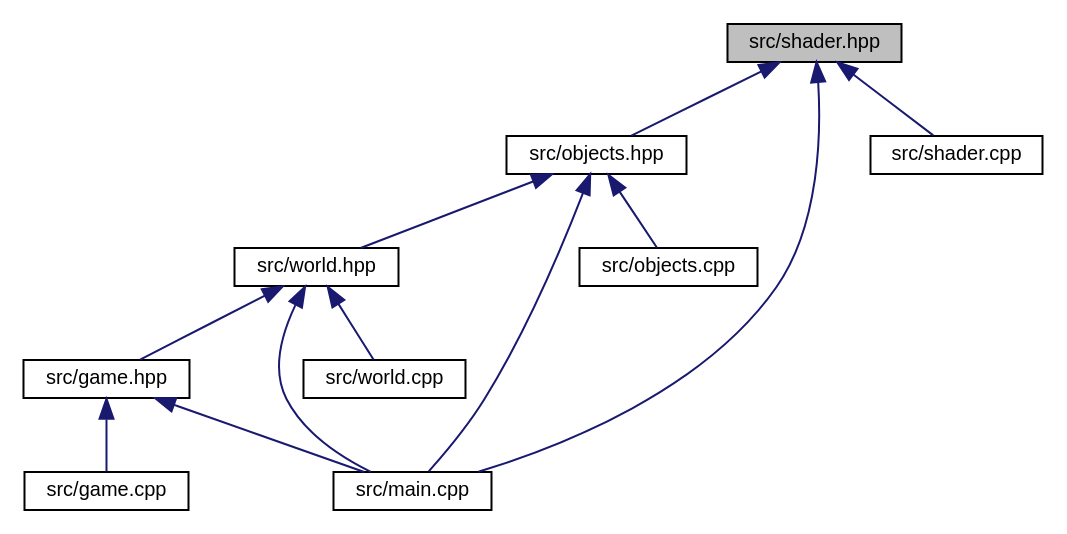
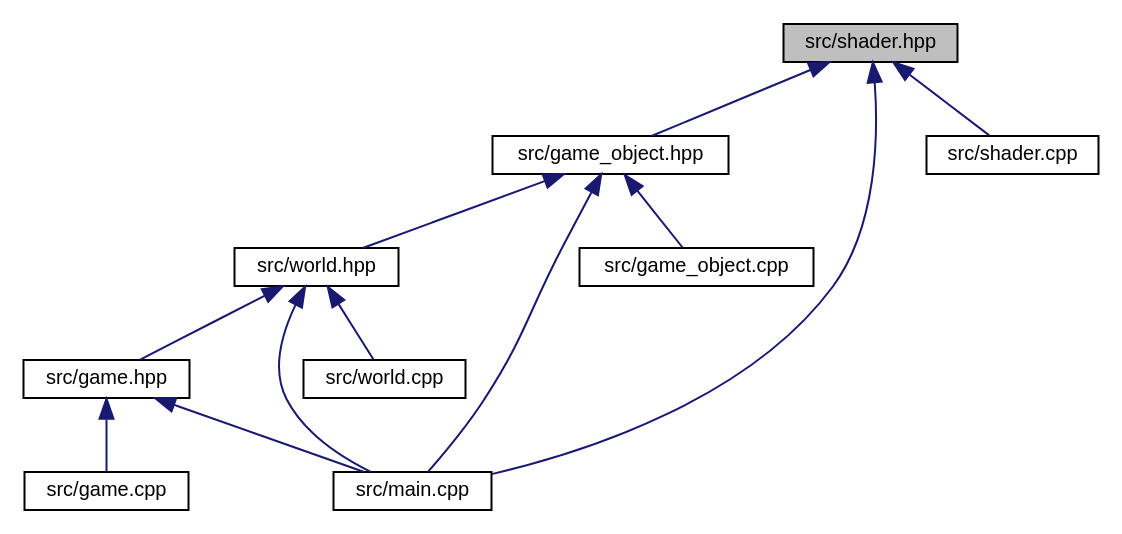
The diagram in shader_8hpp__dep__incl.dot (noah1510/redhand), drawn with Graphviz before and after one commit. The commit also changed 255 other files, not shown here.

```diff
--- a/shader_8hpp__dep__incl.dot
+++ b/shader_8hpp__dep__incl.dot
@@ -1,25 +1,25 @@
 digraph "src/shader.hpp"
 {
   edge [fontname="Helvetica",fontsize="10",labelfontname="Helvetica",labelfontsize="10"];
   node [fontname="Helvetica",fontsize="10",shape=record];
   Node10 [label="src/shader.hpp",height=0.2,width=0.4,color="black", fillcolor="grey75", style="filled", fontcolor="black"];
   Node10 -> Node11 [dir="back",color="midnightblue",fontsize="10",style="solid",fontname="Helvetica"];
-  Node11 [label="src/objects.hpp",height=0.2,width=0.4,color="black", fillcolor="white", style="filled",URL="$objects_8hpp.html"];
+  Node11 [label="src/game_object.hpp",height=0.2,width=0.4,color="black", fillcolor="white", style="filled",URL="$game__object_8hpp.html"];
   Node11 -> Node12 [dir="back",color="midnightblue",fontsize="10",style="solid",fontname="Helvetica"];
   Node12 [label="src/world.hpp",height=0.2,width=0.4,color="black", fillcolor="white", style="filled",URL="$world_8hpp.html"];
   Node12 -> Node13 [dir="back",color="midnightblue",fontsize="10",style="solid",fontname="Helvetica"];
   Node13 [label="src/game.hpp",height=0.2,width=0.4,color="black", fillcolor="white", style="filled",URL="$game_8hpp.html"];
   Node13 -> Node14 [dir="back",color="midnightblue",fontsize="10",style="solid",fontname="Helvetica"];
   Node14 [label="src/game.cpp",height=0.2,width=0.4,color="black", fillcolor="white", style="filled",URL="$game_8cpp.html"];
   Node13 -> Node15 [dir="back",color="midnightblue",fontsize="10",style="solid",fontname="Helvetica"];
   Node15 [label="src/main.cpp",height=0.2,width=0.4,color="black", fillcolor="white", style="filled",URL="$main_8cpp.html"];
   Node12 -> Node15 [dir="back",color="midnightblue",fontsize="10",style="solid",fontname="Helvetica"];
   Node12 -> Node16 [dir="back",color="midnightblue",fontsize="10",style="solid",fontname="Helvetica"];
   Node16 [label="src/world.cpp",height=0.2,width=0.4,color="black", fillcolor="white", style="filled",URL="$world_8cpp.html"];
+  Node11 -> Node17 [dir="back",color="midnightblue",fontsize="10",style="solid",fontname="Helvetica"];
+  Node17 [label="src/game_object.cpp",height=0.2,width=0.4,color="black", fillcolor="white", style="filled",URL="$game__object_8cpp.html"];
   Node11 -> Node15 [dir="back",color="midnightblue",fontsize="10",style="solid",fontname="Helvetica"];
-  Node11 -> Node17 [dir="back",color="midnightblue",fontsize="10",style="solid",fontname="Helvetica"];
-  Node17 [label="src/objects.cpp",height=0.2,width=0.4,color="black", fillcolor="white", style="filled",URL="$objects_8cpp.html"];
   Node10 -> Node15 [dir="back",color="midnightblue",fontsize="10",style="solid",fontname="Helvetica"];
   Node10 -> Node18 [dir="back",color="midnightblue",fontsize="10",style="solid",fontname="Helvetica"];
   Node18 [label="src/shader.cpp",height=0.2,width=0.4,color="black", fillcolor="white", style="filled",URL="$shader_8cpp.html"];
 }
```
